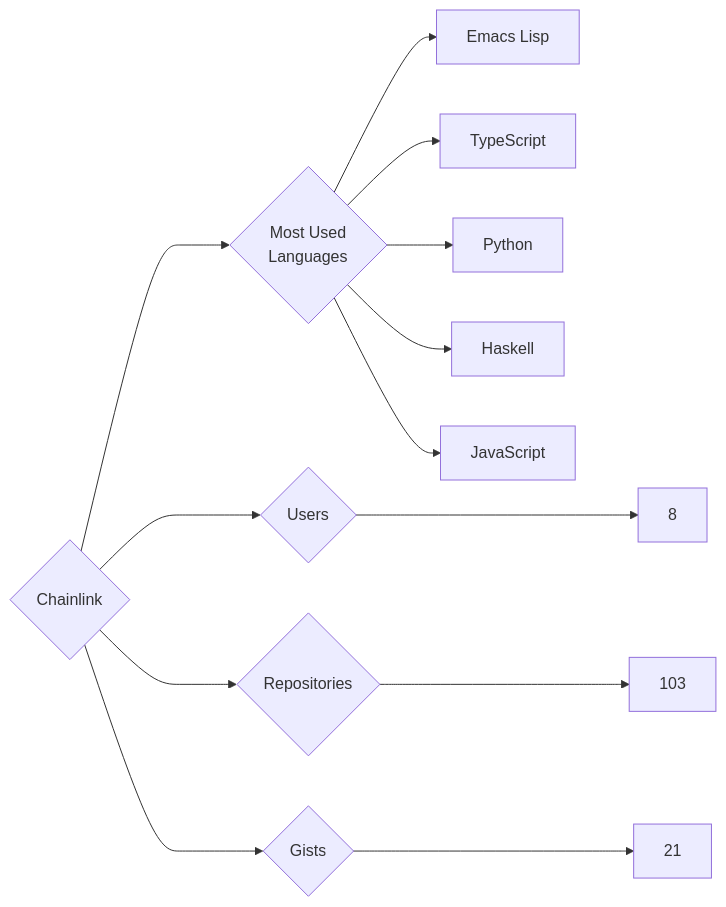
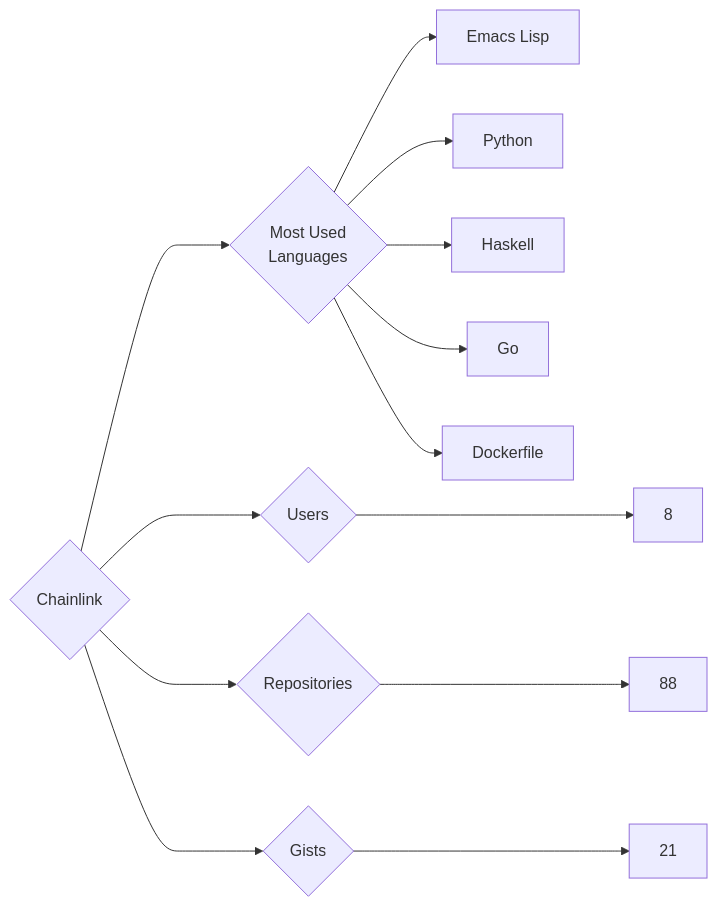
One commit to trickest/insiders changed the diagram in targets/Chainlink/README.md. Above: the diagram before and after it, drawn with Mermaid. The commit also changed 985 other files, not shown here.

````diff
--- a/targets/Chainlink/README.md
+++ b/targets/Chainlink/README.md
@@ -3,13 +3,13 @@
 ```mermaid
 graph LR
 COMPANY_NAME{Chainlink}
 COMPANY_NAME ---> U{Users} ---> UN[8]
-COMPANY_NAME ---> R{Repositories} ---> RN[103]
+COMPANY_NAME ---> R{Repositories} ---> RN[88]
 COMPANY_NAME ---> G{Gists} ---> GN[21]
 COMPANY_NAME ---> ML{Most Used<br>Languages}
 ML --> Emacs_Lisp[Emacs Lisp]
-ML --> TypeScript[TypeScript]
 ML --> Python[Python]
 ML --> Haskell[Haskell]
-ML --> JavaScript[JavaScript]
+ML --> Go[Go]
+ML --> Dockerfile[Dockerfile]
 ```
````
